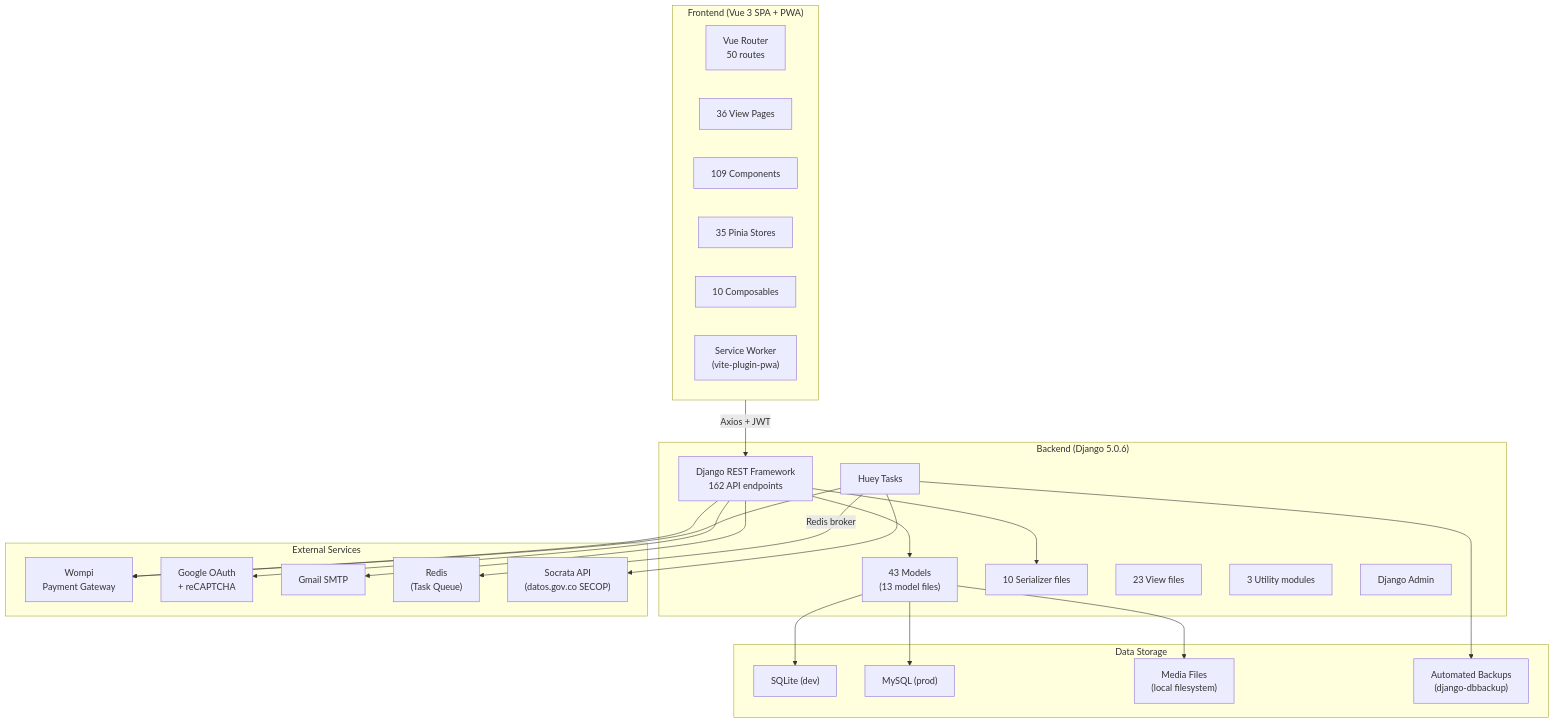
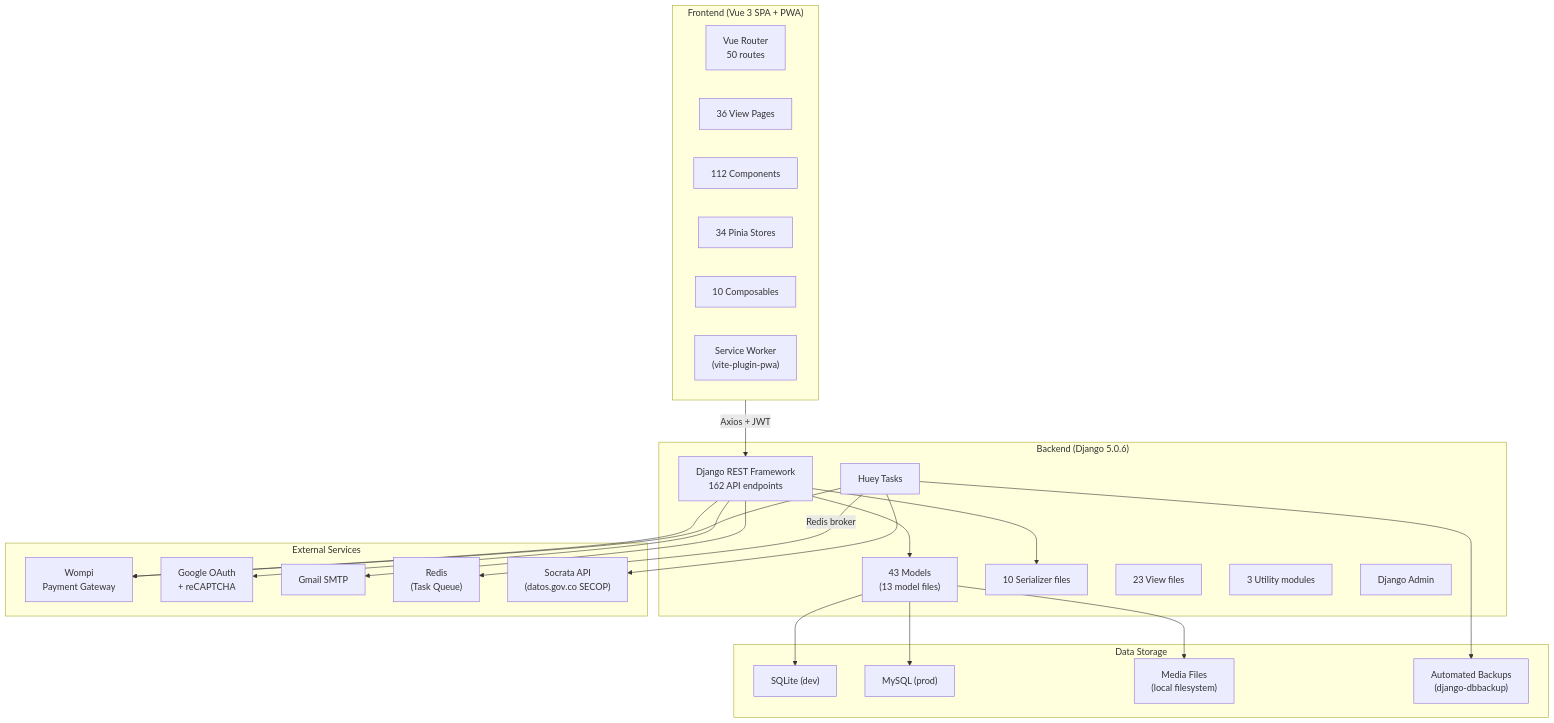
The first of 8 diagrams in docs/methodology/architecture.md (carlos18bp/gym_project), drawn with Mermaid before and after one commit. The commit also changed other lines of this file and 21 other files, not shown here.

Commit message:
FEAT: SECOP UNSPSC multi-select filter with E2E flow coverage improvements

````diff
--- a/docs/methodology/architecture.md
+++ b/docs/methodology/architecture.md
@@ -5,50 +5,50 @@
 ```mermaid
 flowchart TB
     subgraph Client["Frontend (Vue 3 SPA + PWA)"]
         Router["Vue Router\n50 routes"]
         Views["36 View Pages"]
-        Components["109 Components"]
-        Stores["35 Pinia Stores"]
+        Components["112 Components"]
+        Stores["34 Pinia Stores"]
         Composables["10 Composables"]
         SW["Service Worker\n(vite-plugin-pwa)"]
     end
 
     subgraph Server["Backend (Django 5.0.6)"]
         DRF["Django REST Framework\n162 API endpoints"]
         Models["43 Models\n(13 model files)"]
         Serializers["10 Serializer files"]
         Views_BE["23 View files"]
         Utils["3 Utility modules"]
         Tasks["Huey Tasks"]
         Admin["Django Admin"]
     end
 
     subgraph External["External Services"]
         Wompi["Wompi\nPayment Gateway"]
         Google["Google OAuth\n+ reCAPTCHA"]
         SMTP["Gmail SMTP"]
         Redis["Redis\n(Task Queue)"]
         Socrata["Socrata API\n(datos.gov.co SECOP)"]
     end
 
     subgraph Storage["Data Storage"]
         DB_Dev["SQLite (dev)"]
         DB_Prod["MySQL (prod)"]
         Media["Media Files\n(local filesystem)"]
         Backups["Automated Backups\n(django-dbbackup)"]
     end
 
     Client -->|"Axios + JWT"| DRF
     DRF --> Models
     DRF --> Serializers
     Models --> DB_Dev
     Models --> DB_Prod
     Models --> Media
     Tasks -->|"Redis broker"| Redis
     Tasks --> Wompi
     Tasks --> Backups
     DRF --> SMTP
     DRF --> Google
     DRF --> Wompi
     Tasks --> Socrata
 ```
````
